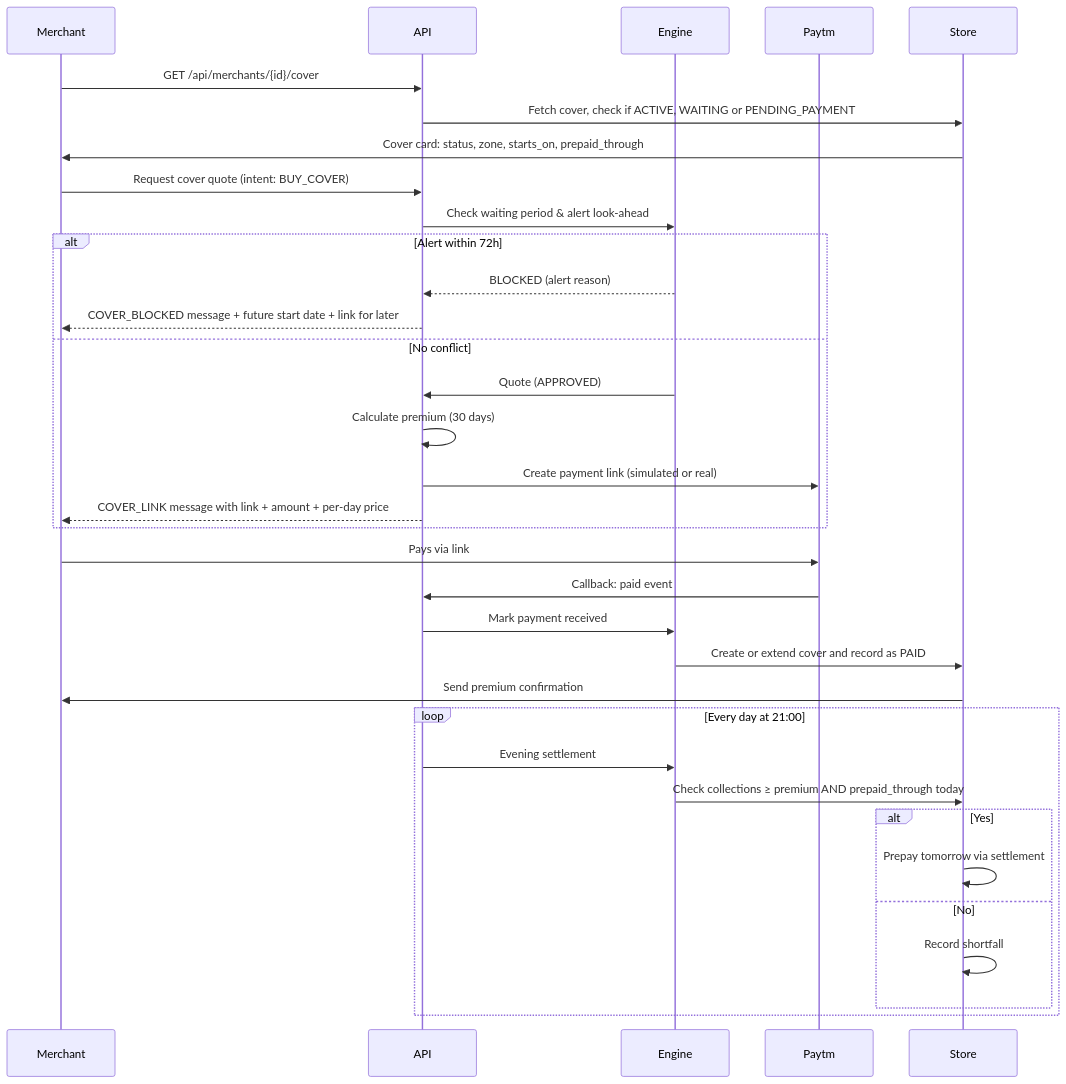
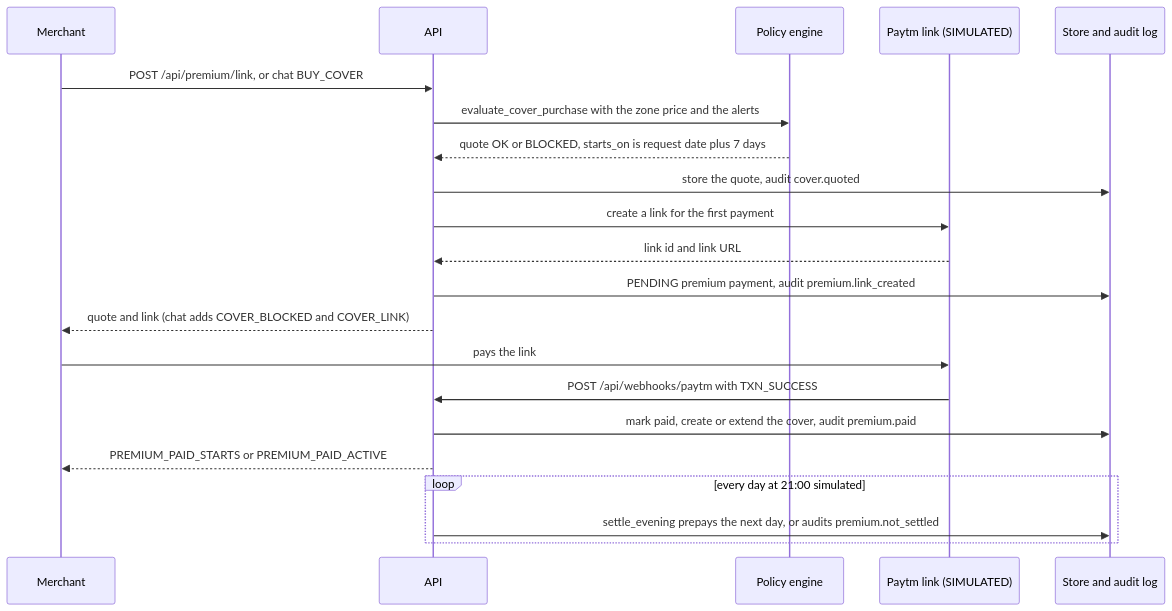
The first of 2 diagrams in docs/02-product/feature-specs/fs-07-cover-purchase-and-consent.md (UjjwalPardeshi/Chhatri), drawn with Mermaid before and after one commit. The commit also changed other lines of this file and 57 other files, not shown here.

````diff
--- a/docs/02-product/feature-specs/fs-07-cover-purchase-and-consent.md
+++ b/docs/02-product/feature-specs/fs-07-cover-purchase-and-consent.md
@@ -59,40 +112,24 @@
 ```mermaid
 sequenceDiagram
     participant M as Merchant
     participant API as API
-    participant Eng as Engine
-    participant Pay as Paytm
-    participant DB as Store
-    
-    M->>API: GET /api/merchants/{id}/cover
-    API->>DB: Fetch cover, check if ACTIVE, WAITING or PENDING_PAYMENT
-    DB->>M: Cover card: status, zone, starts_on, prepaid_through
-    
-    M->>API: Request cover quote (intent: BUY_COVER)
-    API->>Eng: Check waiting period & alert look-ahead
-    alt Alert within 72h
-        Eng-->>API: BLOCKED (alert reason)
-        API-->>M: COVER_BLOCKED message + future start date + link for later
-    else No conflict
-        Eng->>API: Quote (APPROVED)
-        API->>API: Calculate premium (30 days)
-        API->>Pay: Create payment link (simulated or real)
-        API-->>M: COVER_LINK message with link + amount + per-day price
-    end
-    
-    M->>Pay: Pays via link
-    Pay->>API: Callback: paid event
-    API->>Eng: Mark payment received
-    Eng->>DB: Create or extend cover and record as PAID
-    DB->>M: Send premium confirmation
-    
-    loop Every day at 21:00
-        API->>Eng: Evening settlement
-        Eng->>DB: Check collections ≥ premium AND prepaid_through today
-        alt Yes
-            DB->>DB: Prepay tomorrow via settlement
-        else No
-            DB->>DB: Record shortfall
-        end
+    participant ENG as Policy engine
+    participant PAY as Paytm link (SIMULATED)
+    participant ST as Store and audit log
+
+    M->>API: POST /api/premium/link, or chat BUY_COVER
+    API->>ENG: evaluate_cover_purchase with the zone price and the alerts
+    ENG-->>API: quote OK or BLOCKED, starts_on is request date plus 7 days
+    API->>ST: store the quote, audit cover.quoted
+    API->>PAY: create a link for the first payment
+    PAY-->>API: link id and link URL
+    API->>ST: PENDING premium payment, audit premium.link_created
+    API-->>M: quote and link (chat adds COVER_BLOCKED and COVER_LINK)
+    M->>PAY: pays the link
+    PAY->>API: POST /api/webhooks/paytm with TXN_SUCCESS
+    API->>ST: mark paid, create or extend the cover, audit premium.paid
+    API-->>M: PREMIUM_PAID_STARTS or PREMIUM_PAID_ACTIVE
+    loop every day at 21:00 simulated
+        API->>ST: settle_evening prepays the next day, or audits premium.not_settled
     end
 ```
````
